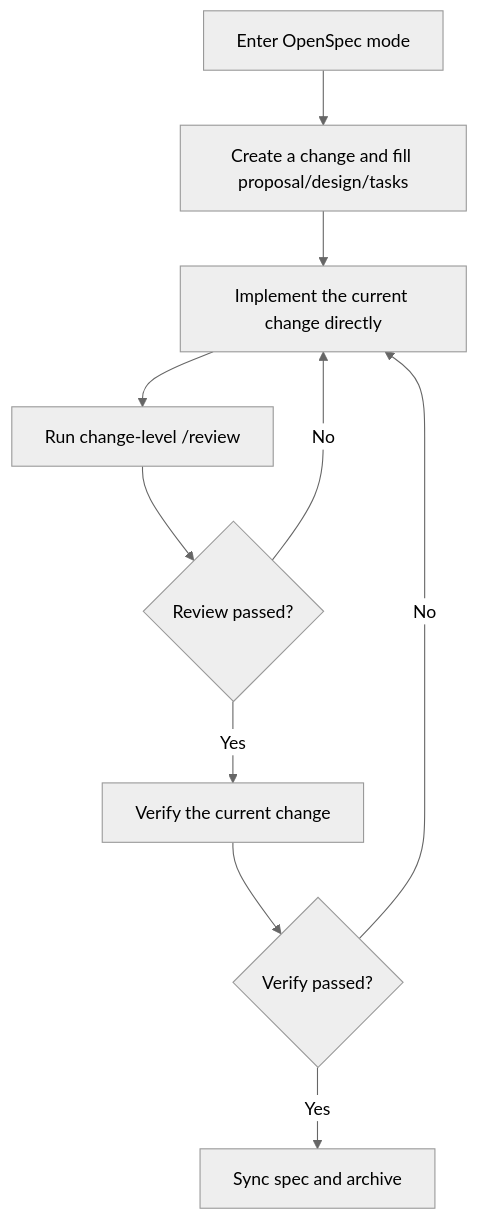
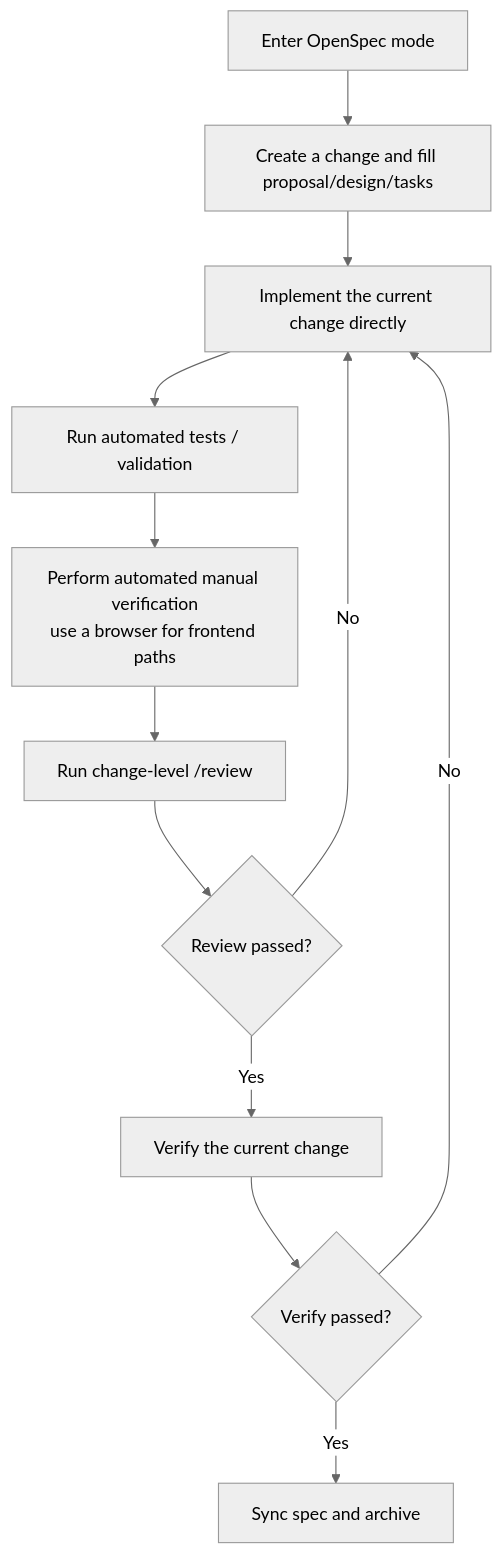
One commit to pjhpeter/openspec-extensions changed the first of 2 diagrams in README.en.md. Above: the diagram before and after it, drawn with Mermaid (neutral theme). The commit also changed other lines of this file and 7 other files, not shown here.

````diff
--- a/README.en.md
+++ b/README.en.md
@@ -160,12 +160,14 @@
 ```mermaid
 flowchart TD
     A[Enter OpenSpec mode] --> B[Create a change and fill proposal/design/tasks]
     B --> C[Implement the current change directly]
-    C --> D[Run change-level /review]
-    D --> E{Review passed?}
-    E -- No --> C
-    E -- Yes --> F[Verify the current change]
-    F --> G{Verify passed?}
+    C --> D[Run automated tests / validation]
+    D --> E[Perform automated manual verification<br/>use a browser for frontend paths]
+    E --> F[Run change-level /review]
+    F --> G{Review passed?}
     G -- No --> C
-    G -- Yes --> H[Sync spec and archive]
+    G -- Yes --> H[Verify the current change]
+    H --> I{Verify passed?}
+    I -- No --> C
+    I -- Yes --> J[Sync spec and archive]
 ```
````
